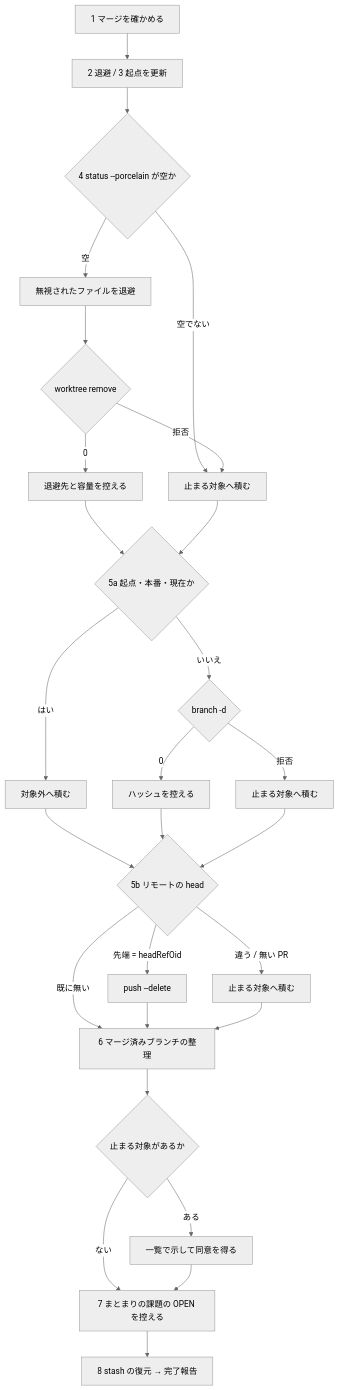
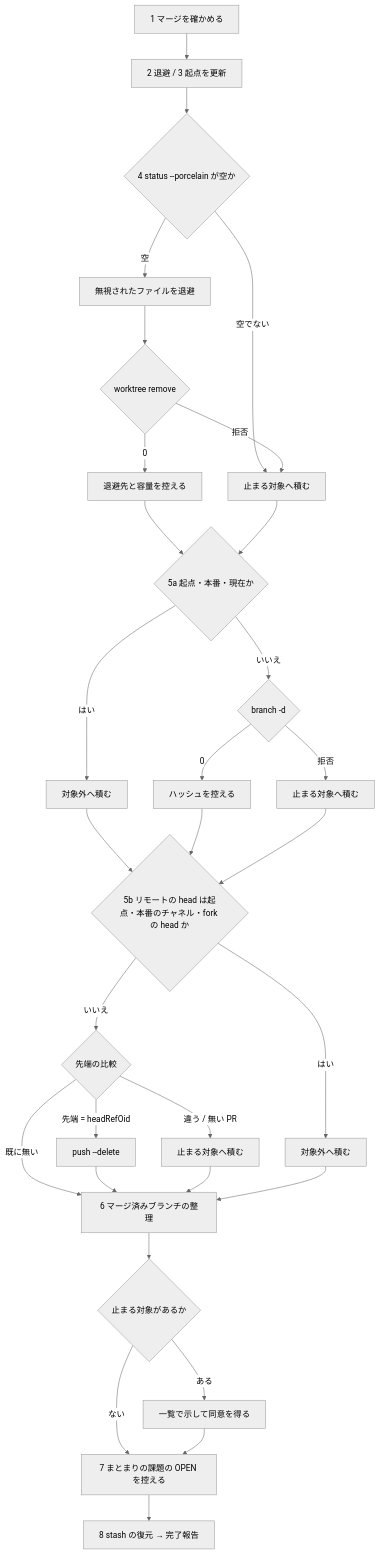
Before and after one commit to devbasex/ai-plugins: the third of 5 diagrams in issues/issue-561-623-design.md, drawn with Mermaid (neutral theme). The commit also changed other lines of this file and 1 other file, not shown here.

````diff
--- a/issues/issue-561-623-design.md
+++ b/issues/issue-561-623-design.md
@@ -267,29 +273,32 @@
 ```mermaid
 flowchart TD
   A[1 マージを確かめる] --> B[2 退避 / 3 起点を更新]
   B --> C0{4 status --porcelain が空か}
   C0 -->|空でない| S[止まる対象へ積む]
   C0 -->|空| CV[無視されたファイルを退避]
   CV --> C{worktree remove}
   C -->|0| C1[退避先と容量を控える]
   C -->|拒否| S
   C1 --> D{5a 起点・本番・現在か}
   S --> D
   D -->|はい| X[対象外へ積む]
   D -->|いいえ| E{branch -d}
   E -->|0| E1[ハッシュを控える]
   E -->|拒否| S2[止まる対象へ積む]
-  X --> F{5b リモートの head}
-  E1 --> F
-  S2 --> F
+  X --> F0{5b リモートの head は起点・本番のチャネル・fork の head か}
+  E1 --> F0
+  S2 --> F0
+  F0 -->|はい| X2[対象外へ積む]
+  F0 -->|いいえ| F{先端の比較}
   F -->|先端 = headRefOid| F1[push --delete]
   F -->|違う / 無い PR| S3[止まる対象へ積む]
   F -->|既に無い| G
   F1 --> G[6 マージ済みブランチの整理]
   S3 --> G
+  X2 --> G
   G --> H{止まる対象があるか}
   H -->|ある| Q[一覧で示して同意を得る]
   H -->|ない| I
   Q --> I[7 まとまりの課題の OPEN を控える]
   I --> J[8 stash の復元 → 完了報告]
 ```
````
